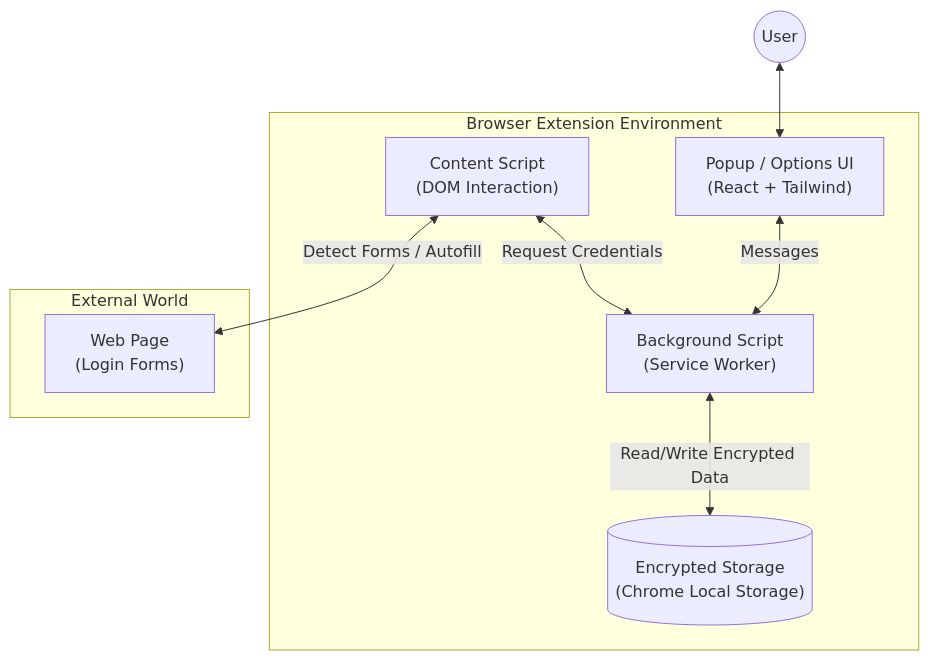
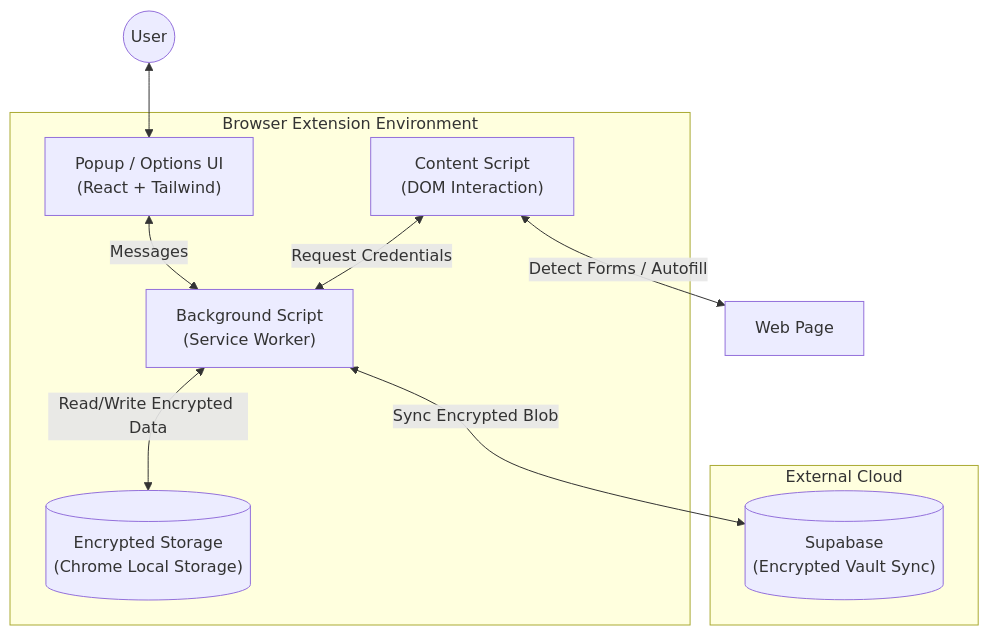
Before and after one commit to arlagaddajagruthi/WebExtension_ZeroKnowledge: the diagram in README.md, drawn with Mermaid. The commit also changed other lines of this file and 19 other files, not shown here.

````diff
--- a/README.md
+++ b/README.md
@@ -40,19 +51,20 @@
 ```mermaid
 graph TD
     subgraph "Browser Extension Environment"
         UI["Popup / Options UI\n(React + Tailwind)"]
         BG["Background Script\n(Service Worker)"]
         CS["Content Script\n(DOM Interaction)"]
         Vault[("Encrypted Storage\n(Chrome Local Storage)")]
     end
 
-    subgraph "External World"
-        Web["Web Page\n(Login Forms)"]
+    subgraph "External Cloud"
+        DB[("Supabase\n(Encrypted Vault Sync)")]
     end
 
     User(("User")) <--> UI
     UI <-->|Messages| BG
     BG <-->|Read/Write Encrypted Data| Vault
-    CS <-->|Detect Forms / Autofill| Web
+    BG <-->|Sync Encrypted Blob| DB
+    CS <-->|Detect Forms / Autofill| Web["Web Page"]
     CS <-->|Request Credentials| BG
 ```
````
